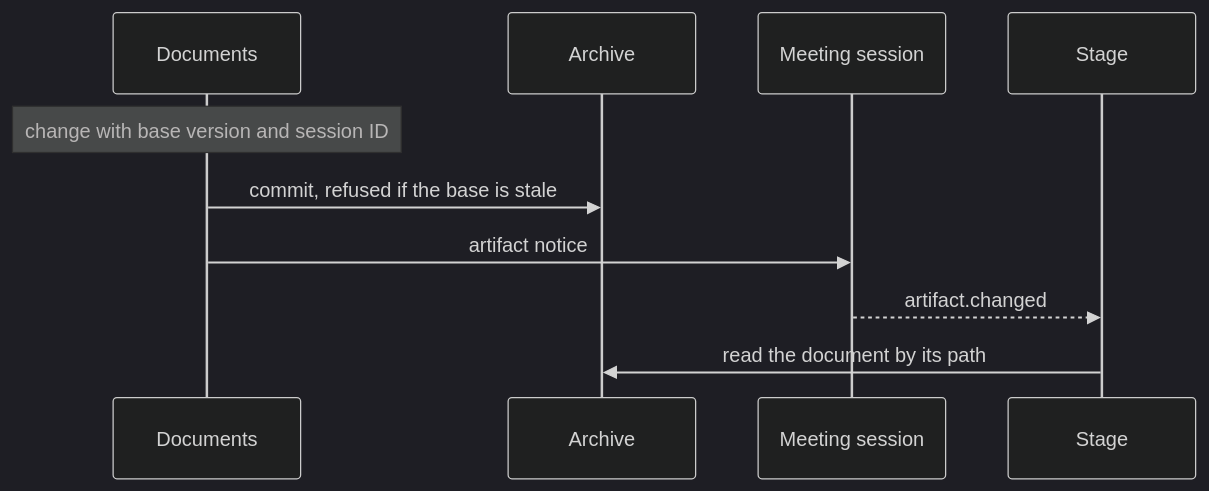
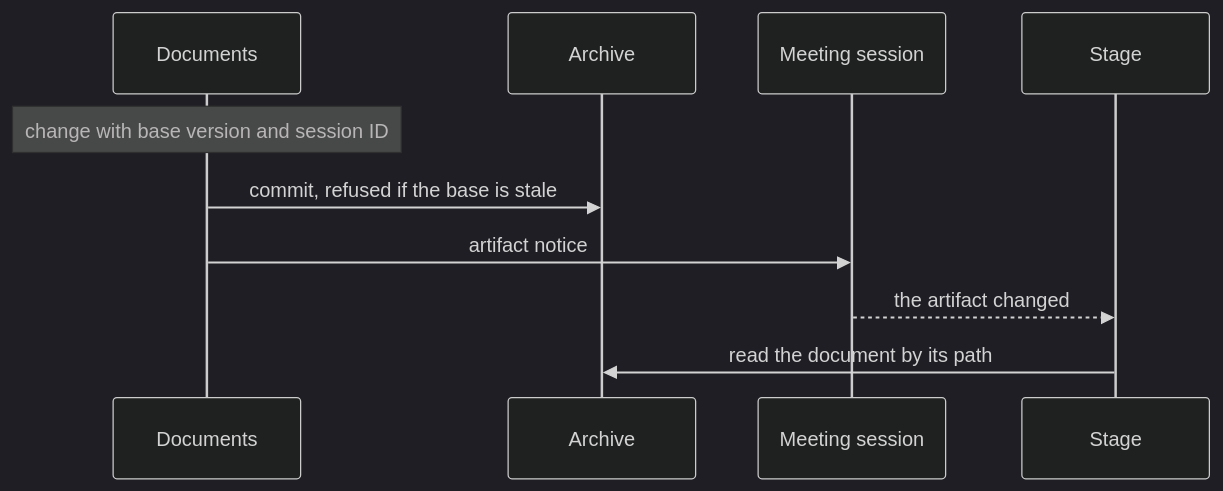
One commit to mrsimpson/agentic-office changed the fifth of 24 diagrams in docs/architecture/06-runtime-view.arc42.md. Above: the diagram before and after it, drawn with Mermaid (dark theme). The commit also changed other lines of this file and 9 other files, not shown here.

First line of the commit message:
docs(architecture): state each fact once, in its owner element (#285)

````diff
--- a/docs/architecture/06-runtime-view.arc42.md
+++ b/docs/architecture/06-runtime-view.arc42.md
@@ -217,12 +217,12 @@
 ```mermaid
 sequenceDiagram
     participant bb_documents as Documents
     participant bb_archive as Archive
     participant bb_session as Meeting session
     participant bb_stage as Stage
     Note over bb_documents: change with base version and session ID
     bb_documents->>bb_archive: commit, refused if the base is stale
     bb_documents->>bb_session: artifact notice
-    bb_session-->>bb_stage: artifact.changed
+    bb_session-->>bb_stage: the artifact changed
     bb_stage->>bb_archive: read the document by its path
 ```
````
